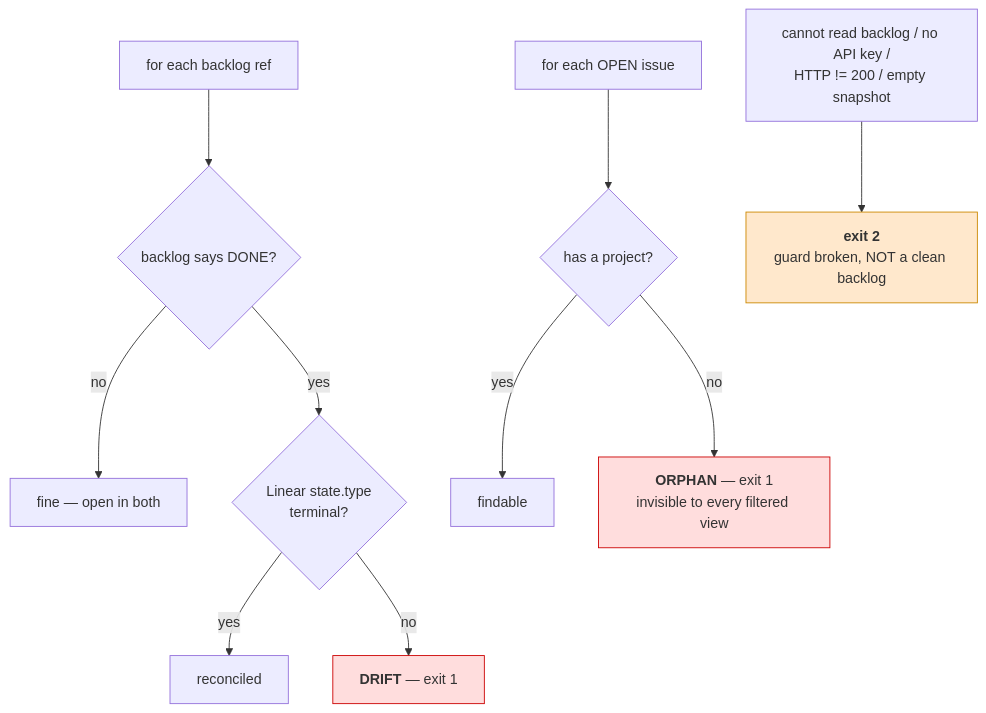
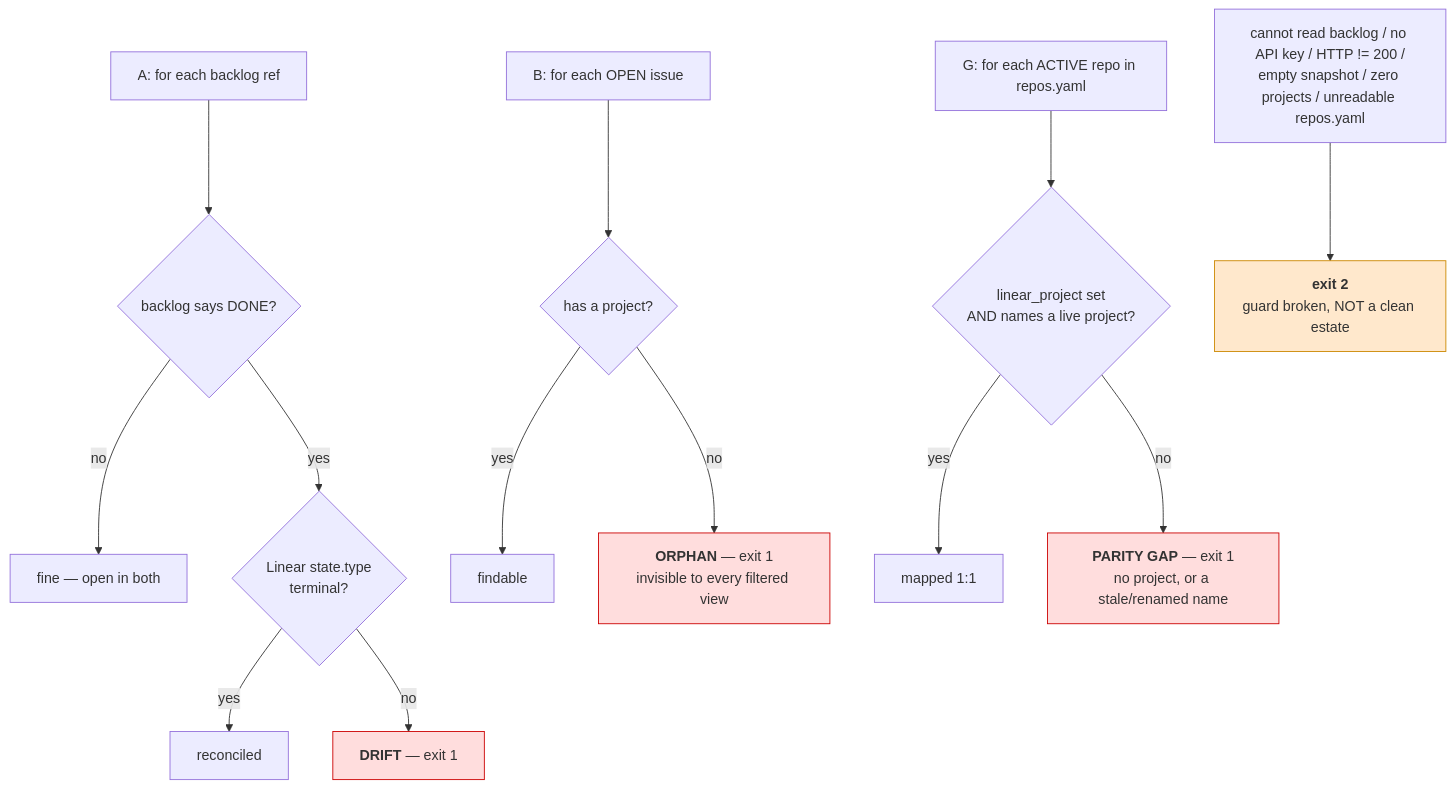
The third of 3 diagrams in docs/diagrams/flow-linear-sync.md (edtbl76/weyland-lab), drawn with Mermaid before and after one commit. The commit also changed other lines of this file and 2 other files, not shown here.

First line of the commit message:
Introduce 1:1 Linear Project execution in Phase 2 onboarding

````diff
--- a/docs/diagrams/flow-linear-sync.md
+++ b/docs/diagrams/flow-linear-sync.md
@@ -57,18 +68,23 @@
 ```mermaid
 flowchart TD
-    A["for each backlog ref"] --> B{"backlog says DONE?"}
+    A["A: for each backlog ref"] --> B{"backlog says DONE?"}
     B -- no --> OK1["fine — open in both"]
     B -- yes --> C{"Linear state.type<br/>terminal?"}
     C -- yes --> OK2["reconciled"]
     C -- no --> D["<b>DRIFT</b> — exit 1"]
 
-    E["for each OPEN issue"] --> F{"has a project?"}
+    E["B: for each OPEN issue"] --> F{"has a project?"}
     F -- yes --> OK3["findable"]
     F -- no --> G["<b>ORPHAN</b> — exit 1<br/>invisible to every filtered view"]
 
-    H["cannot read backlog / no API key /<br/>HTTP != 200 / empty snapshot"] --> I["<b>exit 2</b><br/>guard broken, NOT a clean backlog"]
+    J["G: for each ACTIVE repo in repos.yaml"] --> K{"linear_project set<br/>AND names a live project?"}
+    K -- yes --> OK4["mapped 1:1"]
+    K -- no --> L2["<b>PARITY GAP</b> — exit 1<br/>no project, or a stale/renamed name"]
+
+    H["cannot read backlog / no API key / HTTP != 200 /<br/>empty snapshot / zero projects / unreadable repos.yaml"] --> I["<b>exit 2</b><br/>guard broken, NOT a clean estate"]
 
     style D fill:#ffdddd,stroke:#cc0000
     style G fill:#ffdddd,stroke:#cc0000
+    style L2 fill:#ffdddd,stroke:#cc0000
     style I fill:#ffe8cc,stroke:#cc8800
 ```
````
